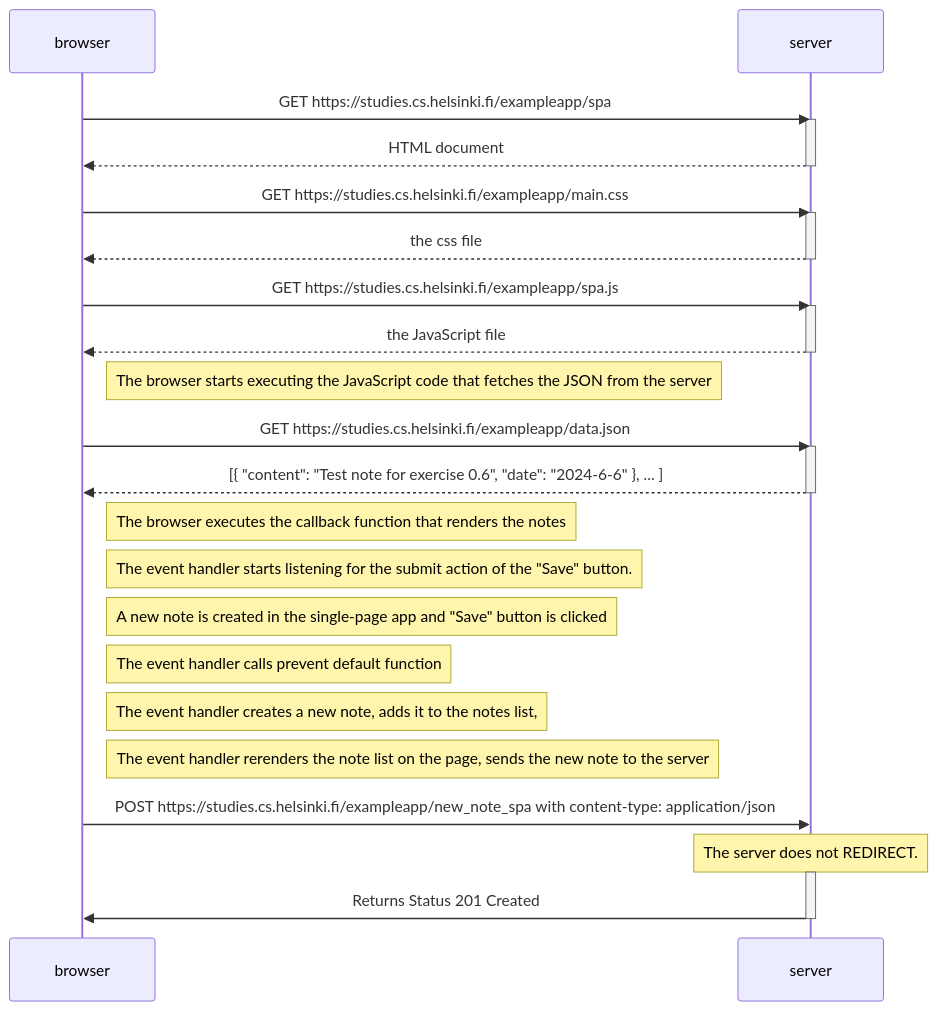
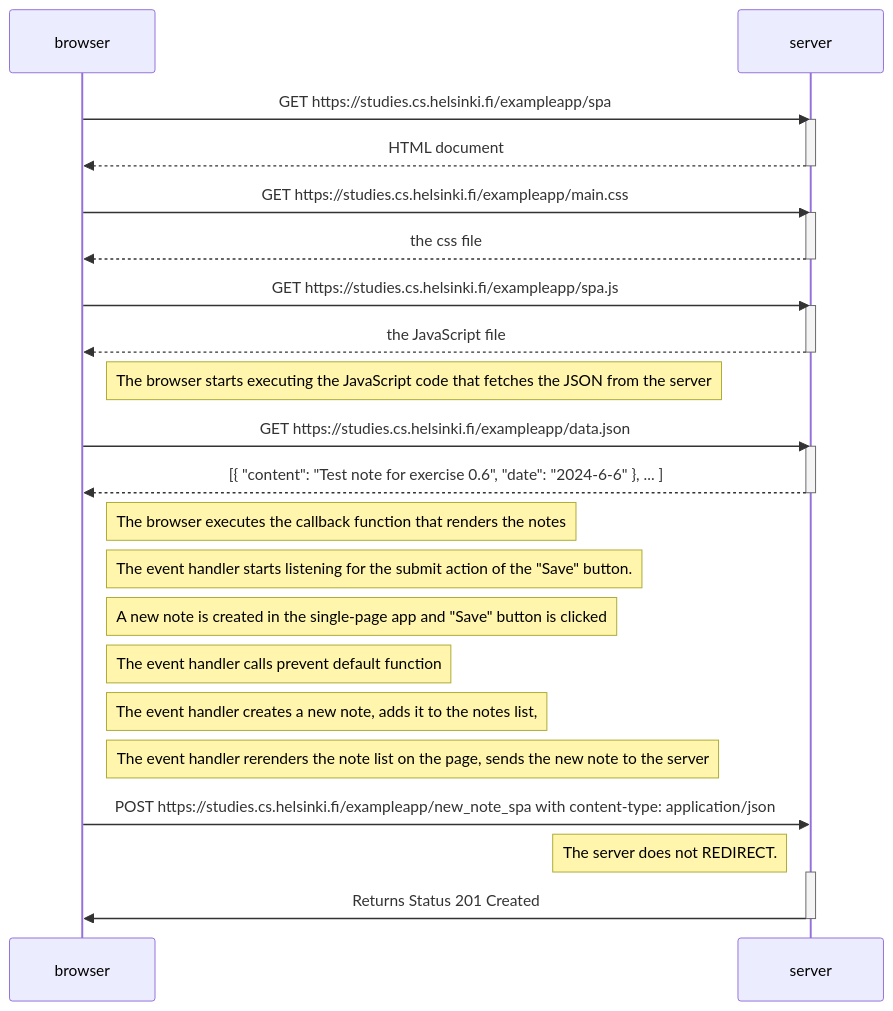
The diagram in part0/exercise_0_6.md (obhi1kenobhi/FSO), drawn with Mermaid before and after one commit.

Commit message:
exercises 0.4, 0.5 and 0.6

````diff
--- a/part0/exercise_0_6.md
+++ b/part0/exercise_0_6.md
@@ -1,43 +1,43 @@
 ```mermaid
     sequenceDiagram
         participant browser
         participant server
     
         browser->>server: GET https://studies.cs.helsinki.fi/exampleapp/spa
         activate server
         server-->>browser: HTML document
         deactivate server
     
         browser->>server: GET https://studies.cs.helsinki.fi/exampleapp/main.css
         activate server
         server-->>browser: the css file
         deactivate server
     
         browser->>server: GET https://studies.cs.helsinki.fi/exampleapp/spa.js
         activate server
         server-->>browser: the JavaScript file
         deactivate server
     
         Note right of browser: The browser starts executing the JavaScript code that fetches the JSON from the server
     
         browser->>server: GET https://studies.cs.helsinki.fi/exampleapp/data.json
         activate server
         server-->>browser: [{ "content": "Test note for exercise 0.6", "date": "2024-6-6" }, ... ]
         deactivate server
 
         Note right of browser: The browser executes the callback function that renders the notes
 
         Note right of browser: The event handler starts listening for the submit action of the "Save" button. 
         Note right of browser: A new note is created in the single-page app and "Save" button is clicked
         Note right of browser: The event handler calls prevent default function
         Note right of browser: The event handler creates a new note, adds it to the notes list, 
         Note right of browser: The event handler rerenders the note list on the page, sends the new note to the server
 
         browser->>server: POST https://studies.cs.helsinki.fi/exampleapp/new_note_spa with content-type: application/json
-        Note over server: The server does not REDIRECT.
+        Note left of server: The server does not REDIRECT.
 
         activate server
         server->>browser: Returns Status 201 Created
         deactivate server
        
 ```
````
